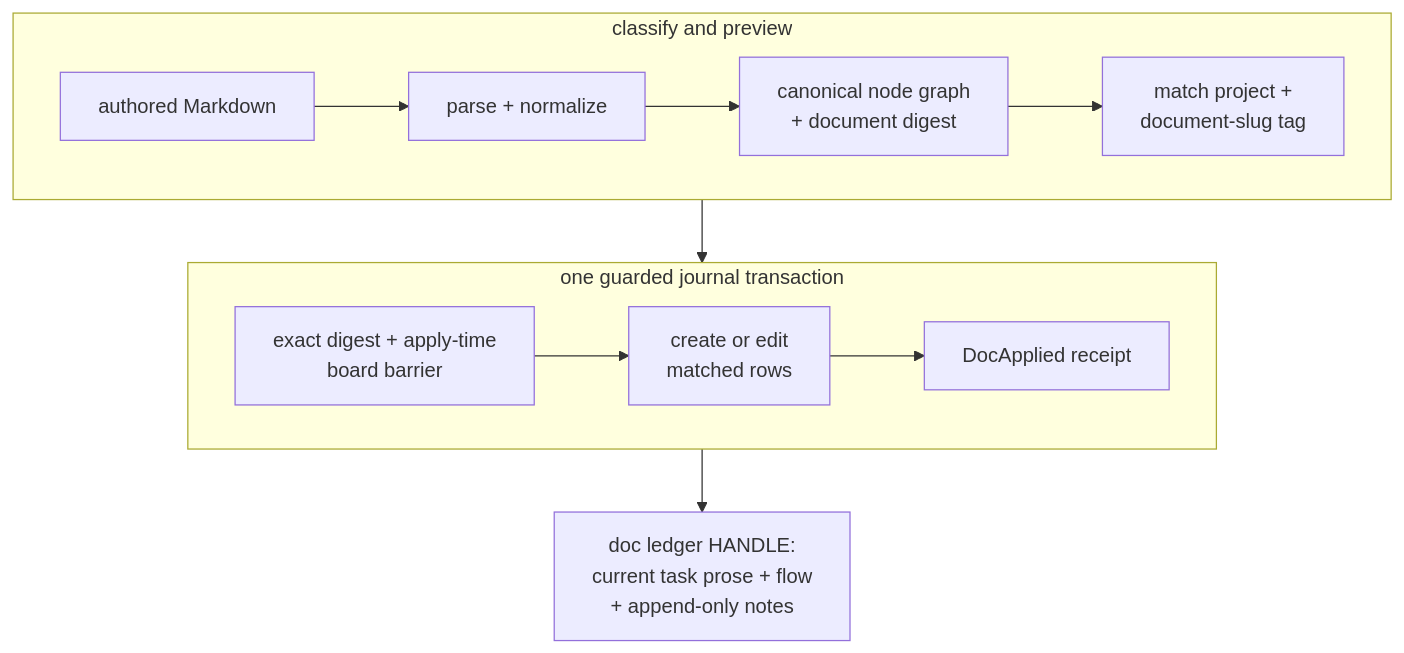
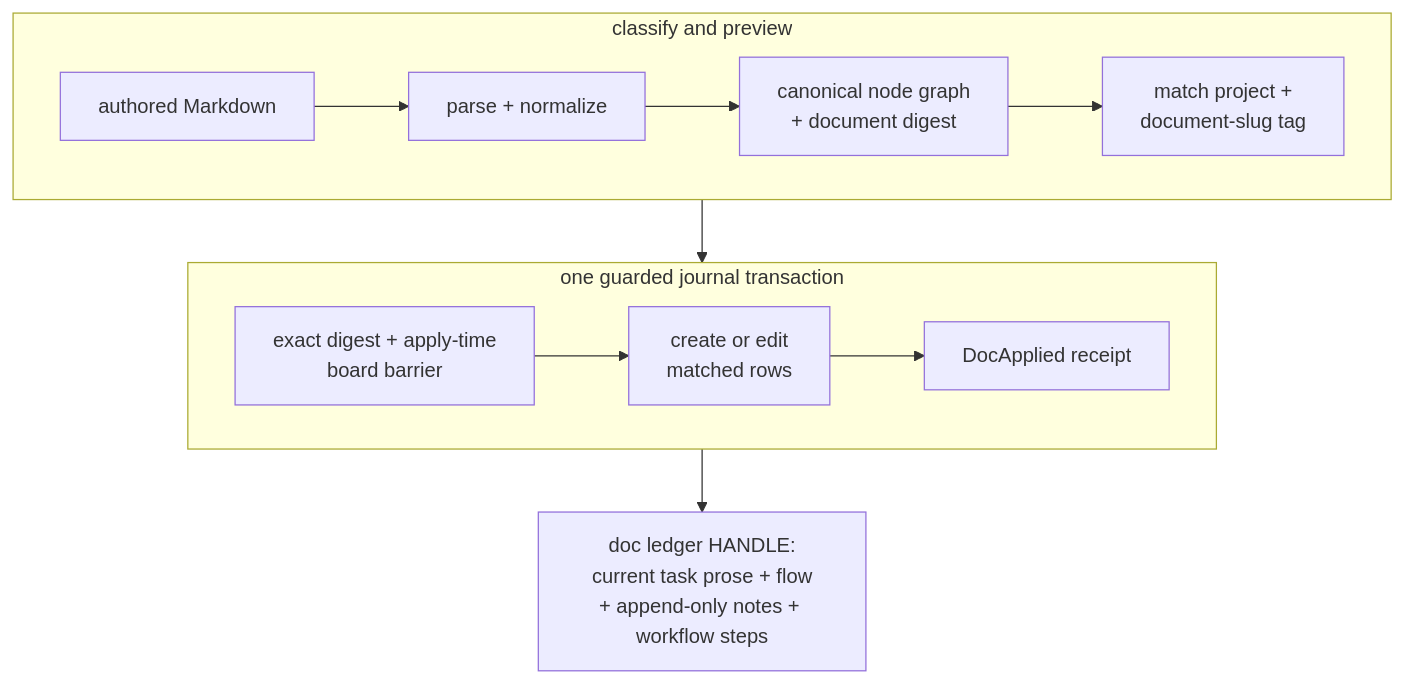
The first of 13 diagrams in docs/product/interfaces.md (infimalabs/spice-rust), drawn with Mermaid before and after one commit. The commit also changed other lines of this file and 20 other files, not shown here.

First line of the commit message:
board: Show workflow evidence on task show history and the ledger

````diff
--- a/docs/product/interfaces.md
+++ b/docs/product/interfaces.md
@@ -29,16 +30,16 @@
 ```mermaid
 flowchart TD
   subgraph PLAN["classify and preview"]
     direction LR
     MD["authored Markdown"] --> P["parse + normalize"]
     P --> G["canonical node graph<br/>+ document digest"]
     G --> M["match project +<br/>document-slug tag"]
   end
   subgraph APPLY["one guarded journal transaction"]
     direction LR
     PL["exact digest + apply-time<br/>board barrier"] --> B["create or edit<br/>matched rows"]
     B --> R["DocApplied receipt"]
   end
   M --> PL
-  B --> L["doc ledger HANDLE:<br/>current task prose + flow<br/>+ append-only notes"]
+  B --> L["doc ledger HANDLE:<br/>current task prose + flow<br/>+ append-only notes + workflow steps"]
 ```
````
